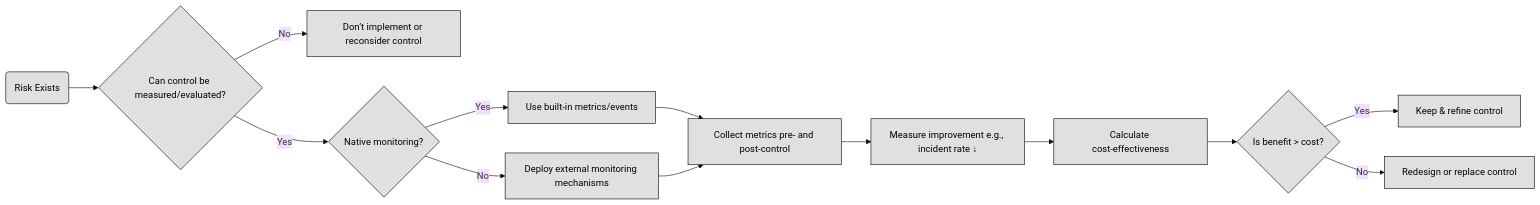
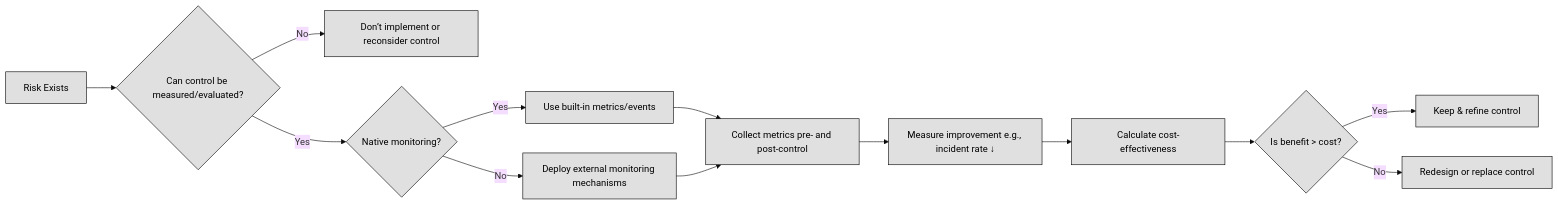
Before and after one commit to lorenzoleonelli/CISSP-Zero-to-Hero: the first of 2 diagrams in DOMAIN1: Security and Risk Management/1.09 Understand and apply risk management concepts.md, drawn with Mermaid (base theme). The commit also changed other lines of this file, not shown here.

Commit message:
Update 1.09 Understand and apply risk management concepts.md

````diff
--- a/DOMAIN1: Security and Risk Management/1.09 Understand and apply risk management concepts.md
+++ b/DOMAIN1: Security and Risk Management/1.09 Understand and apply risk management concepts.md
@@ -490,17 +487,19 @@
 ```mermaid
 flowchart LR
-    A(Risk Exists) --> B{Can control be measured/evaluated?}
-    B -- No --> C[Don’t implement or reconsider control]
-    B -- Yes --> D{Native monitoring?}
-    D -- Yes --> E[Use built‑in metrics/events]
-    D -- No --> F[Deploy external monitoring mechanisms]
-    E & F --> G[Collect metrics pre‑ and post‑control]
-    G --> H[Measure improvement e.g., incident rate ↓]
-    H --> I[Calculate cost‑effectiveness]
-    I --> J{Is benefit > cost?}
-    J -- Yes --> K[Keep & refine control]
-    J -- No --> L[Redesign or replace control]
+    A["Risk Exists"] --> B{"Can control be measured/evaluated?"}
+    B -- "No" --> C["Don’t implement or reconsider control"]
+    B -- "Yes" --> D{"Native monitoring?"}
+    D -- "Yes" --> E["Use built-in metrics/events"]
+    D -- "No" --> F["Deploy external monitoring mechanisms"]
+    E --> G["Collect metrics pre- and post-control"]
+    F --> G
+    G --> H["Measure improvement e.g., incident rate ↓"]
+    H --> I["Calculate cost-effectiveness"]
+    I --> J{"Is benefit > cost?"}
+    J -- "Yes" --> K["Keep & refine control"]
+    J -- "No" --> L["Redesign or replace control"]
 
     classDef center fill:#ffffff,color:#000000,stroke:#000000,stroke-width:1px,font-weight:bold
     classDef node fill:#e0e0e0,color:#000000,stroke:#000000,stroke-width:1px
+
 ```
````
